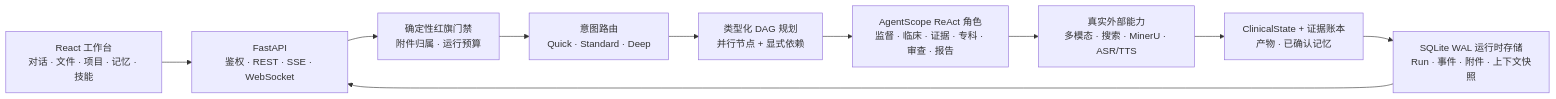
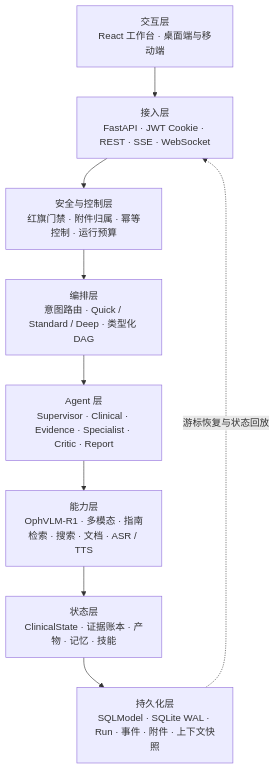
One commit to QiZishi/OphAgent changed the diagram in README_zh.md. Above: the diagram before and after it, drawn with Mermaid. The commit also changed other lines of this file and 7 other files, not shown here.

Commit message:
docs: refresh OphAgent showcase and GUI evidence

````diff
--- a/README_zh.md
+++ b/README_zh.md
@@ -129,12 +268,20 @@
 ```mermaid
-flowchart LR
-    UI["React 工作台<br/>对话 · 文件 · 项目 · 记忆 · 技能"] --> API["FastAPI<br/>鉴权 · REST · SSE · WebSocket"]
-    API --> GATE["确定性红旗门禁<br/>附件归属 · 运行预算"]
-    GATE --> ROUTER["意图路由<br/>Quick · Standard · Deep"]
-    ROUTER --> DAG["类型化 DAG 规划<br/>并行节点 + 显式依赖"]
-    DAG --> AGENTS["AgentScope ReAct 角色<br/>监督 · 临床 · 证据 · 专科 · 审查 · 报告"]
-    AGENTS --> TOOLS["真实外部能力<br/>多模态 · 搜索 · MinerU · ASR/TTS"]
-    TOOLS --> STATE["ClinicalState + 证据账本<br/>产物 · 已确认记忆"]
-    STATE --> STORE["SQLite WAL 运行时存储<br/>Run · 事件 · 附件 · 上下文快照"]
-    STORE --> API
+flowchart TB
+    UI["交互层<br/>React 工作台 · 桌面端与移动端"]
+    API["接入层<br/>FastAPI · JWT Cookie · REST · SSE · WebSocket"]
+    GATE["安全与控制层<br/>红旗门禁 · 附件归属 · 幂等控制 · 运行预算"]
+    ROUTER["编排层<br/>意图路由 · Quick / Standard / Deep · 类型化 DAG"]
+    AGENTS["Agent 层<br/>Supervisor · Clinical · Evidence · Specialist · Critic · Report"]
+    TOOLS["能力层<br/>OphVLM-R1 · 多模态 · 指南检索 · 搜索 · 文档 · ASR / TTS"]
+    STATE["状态层<br/>ClinicalState · 证据账本 · 产物 · 记忆 · 技能"]
+    STORE["持久化层<br/>SQLModel · SQLite WAL · Run · 事件 · 附件 · 上下文快照"]
+
+    UI --> API
+    API --> GATE
+    GATE --> ROUTER
+    ROUTER --> AGENTS
+    AGENTS --> TOOLS
+    TOOLS --> STATE
+    STATE --> STORE
+    STORE -. 游标恢复与状态回放 .-> API
 ```
````
